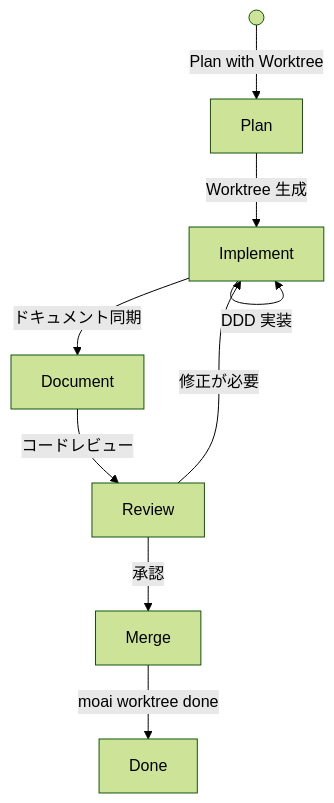
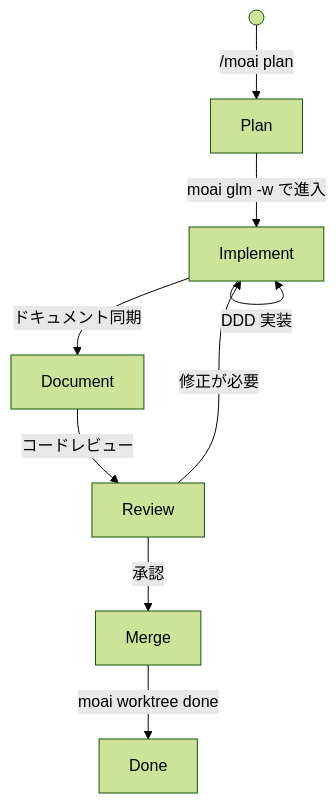
The fourth of 9 diagrams in docs-site/content/ja/worktree/guide.md (modu-ai/moai-adk), drawn with Mermaid (forest theme) before and after one commit. The commit also changed other lines of this file and 35 other files, not shown here.

````diff
--- a/docs-site/content/ja/worktree/guide.md
+++ b/docs-site/content/ja/worktree/guide.md
@@ -369,11 +382,11 @@
 ```mermaid
 flowchart TD
-    Start(( )) -->|"Plan with Worktree"| Plan["Plan"]
-    Plan -->|"Worktree 生成"| Implement["Implement"]
+    Start(( )) -->|"/moai plan"| Plan["Plan"]
+    Plan -->|"moai glm -w で進入"| Implement["Implement"]
     Implement -->|"DDD 実装"| Implement
     Implement -->|"ドキュメント同期"| Document["Document"]
     Document -->|"コードレビュー"| Review["Review"]
     Review -->|"承認"| Merge["Merge"]
     Review -->|"修正が必要"| Implement
     Merge -->|"moai worktree done"| Done["Done"]
 ```
````
